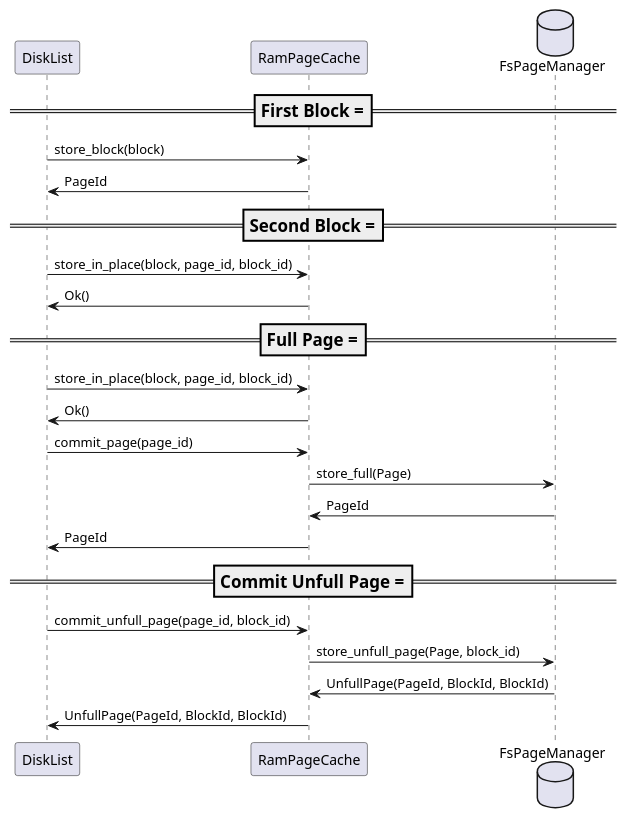
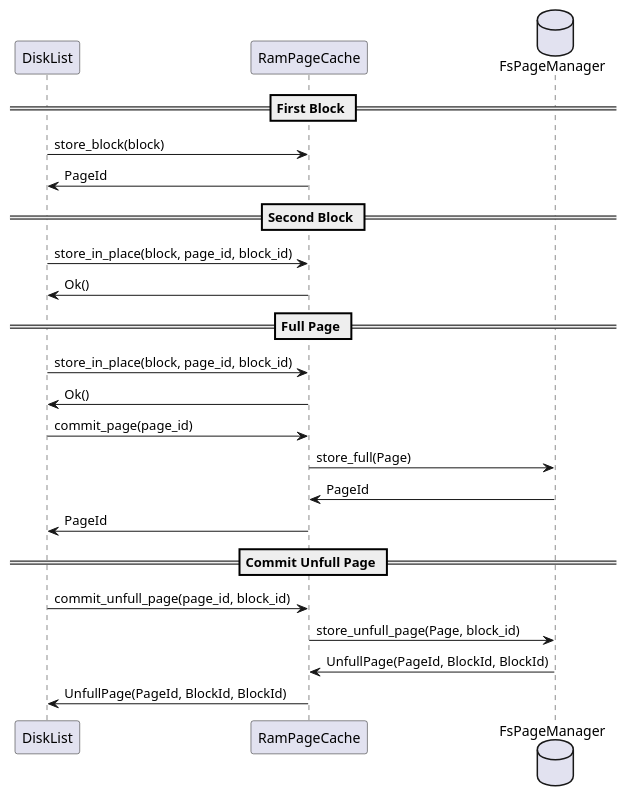
The seventh of 11 diagrams in notes/roadmap_1_0.org (CurrySoftware/perlin), drawn with PlantUML before and after one commit. The commit also changed other lines of this file and 6 other files, not shown here.

```diff
--- a/notes/roadmap_1_0.org
+++ b/notes/roadmap_1_0.org
@@ -186,24 +186,24 @@
 #+begin_src plantuml :file disk_list.png
 participant DiskList
 participant RamPageCache
 database FsPageManager
-=== First Block ===
+== First Block ==
 DiskList -> RamPageCache : store_block(block)
 RamPageCache -> DiskList : PageId
 
-=== Second Block === 
+== Second Block == 
 DiskList -> RamPageCache : store_in_place(block, page_id, block_id)
 RamPageCache -> DiskList : Ok()
-=== Full Page ===
+== Full Page ==
 DiskList -> RamPageCache : store_in_place(block, page_id, block_id)
 RamPageCache -> DiskList : Ok()
 DiskList -> RamPageCache : commit_page(page_id)
 RamPageCache -> FsPageManager : store_full(Page) 
 FsPageManager -> RamPageCache : PageId
 RamPageCache -> DiskList : PageId 
-=== Commit Unfull Page ===
+== Commit Unfull Page ==
 DiskList -> RamPageCache : commit_unfull_page(page_id, block_id)
 RamPageCache -> FsPageManager : store_unfull_page(Page, block_id)
 FsPageManager -> RamPageCache : UnfullPage(PageId, BlockId, BlockId)
 RamPageCache -> DiskList : UnfullPage(PageId, BlockId, BlockId)
 #+end_src
```
